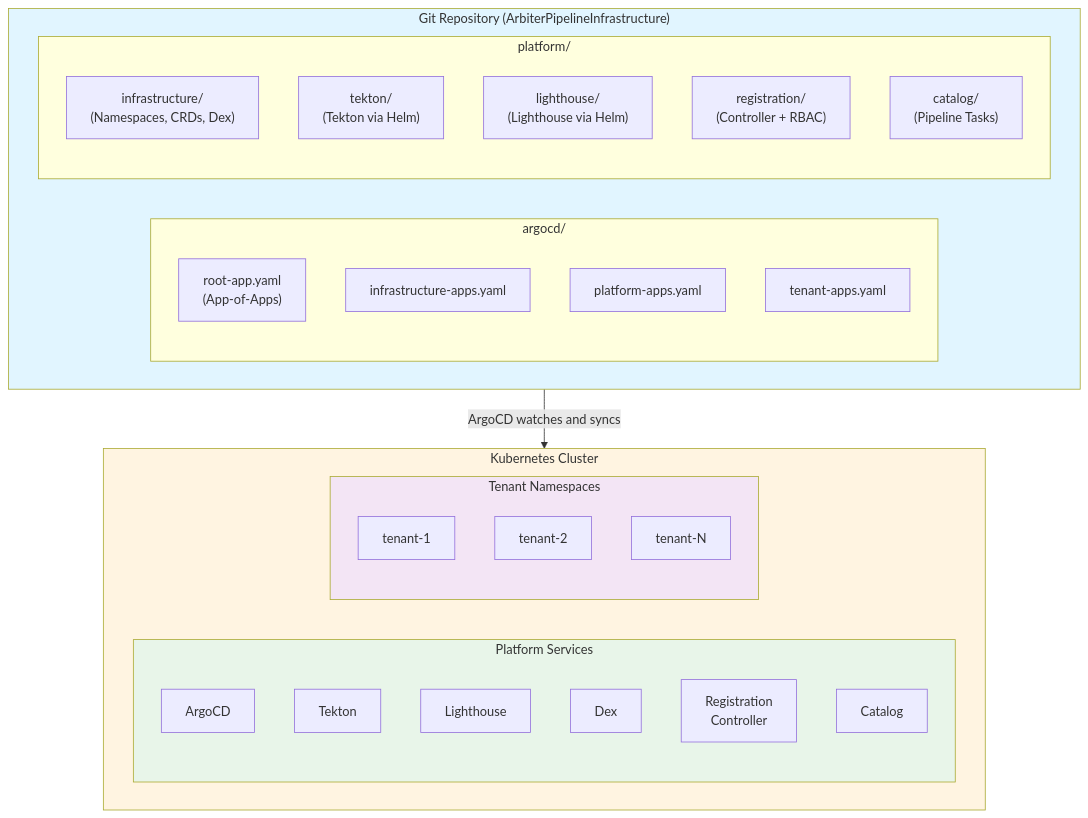
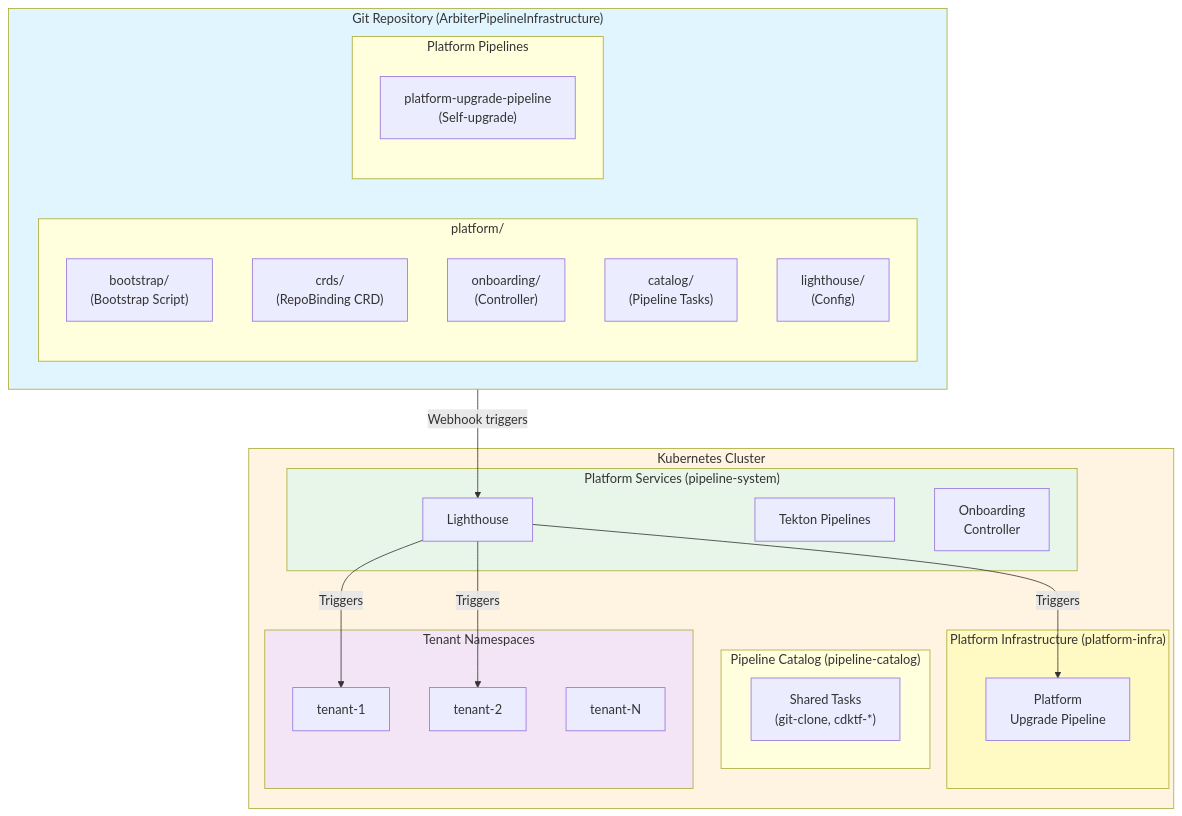
Before and after one commit to bdchatham/AphexPlatformInfrastructure: the second of 3 diagrams in .kiro/specs/jenkinsx-gitops-platform/design.md, drawn with Mermaid. The commit also changed other lines of this file and 99 other files, not shown here.

Commit message:
JenkinsX based Arbiter infra pipeline.

````diff
--- a/.kiro/specs/jenkinsx-gitops-platform/design.md
+++ b/.kiro/specs/jenkinsx-gitops-platform/design.md
@@ -46,43 +55,50 @@
 ```mermaid
 graph TB
     subgraph Git["Git Repository (ArbiterPipelineInfrastructure)"]
-        subgraph ArgoCD_Manifests["argocd/"]
-            RootApp["root-app.yaml<br/>(App-of-Apps)"]
-            InfraApps["infrastructure-apps.yaml"]
-            PlatformApps["platform-apps.yaml"]
-            TenantApps["tenant-apps.yaml"]
+        subgraph Platform_Manifests["platform/"]
+            Bootstrap["bootstrap/<br/>(Bootstrap Script)"]
+            CRDs["crds/<br/>(RepoBinding CRD)"]
+            Onboarding["onboarding/<br/>(Controller)"]
+            Catalog["catalog/<br/>(Pipeline Tasks)"]
+            Lighthouse_Config["lighthouse/<br/>(Config)"]
         end
         
-        subgraph Platform_Manifests["platform/"]
-            Infra["infrastructure/<br/>(Namespaces, CRDs, Dex)"]
-            Tekton["tekton/<br/>(Tekton via Helm)"]
-            Lighthouse["lighthouse/<br/>(Lighthouse via Helm)"]
-            Registration["registration/<br/>(Controller + RBAC)"]
-            Catalog["catalog/<br/>(Pipeline Tasks)"]
+        subgraph Pipelines["Platform Pipelines"]
+            UpgradePipeline["platform-upgrade-pipeline<br/>(Self-upgrade)"]
         end
     end
     
-    Git -->|ArgoCD watches and syncs| Cluster
+    Git -->|Webhook triggers| Lighthouse_Svc
     
     subgraph Cluster["Kubernetes Cluster"]
-        subgraph Platform_Services["Platform Services"]
-            ArgoCDSvc["ArgoCD"]
-            TektonSvc["Tekton"]
-            LighthouseSvc["Lighthouse"]
-            DexSvc["Dex"]
-            RegistrationSvc["Registration<br/>Controller"]
-            CatalogSvc["Catalog"]
+        subgraph Platform_Services["Platform Services (pipeline-system)"]
+            Tekton["Tekton Pipelines"]
+            Lighthouse_Svc["Lighthouse"]
+            Onboarding_Ctrl["Onboarding<br/>Controller"]
+        end
+        
+        subgraph Platform_Infra["Platform Infrastructure (platform-infra)"]
+            Platform_Pipeline["Platform<br/>Upgrade Pipeline"]
+        end
+        
+        subgraph Catalog_NS["Pipeline Catalog (pipeline-catalog)"]
+            Shared_Tasks["Shared Tasks<br/>(git-clone, cdktf-*)"]
         end
         
         subgraph Tenants["Tenant Namespaces"]
             Tenant1["tenant-1"]
             Tenant2["tenant-2"]
             TenantN["tenant-N"]
         end
     end
     
+    Lighthouse_Svc -->|Triggers| Platform_Pipeline
+    Lighthouse_Svc -->|Triggers| Tenant1
+    Lighthouse_Svc -->|Triggers| Tenant2
+    
     style Git fill:#e1f5ff
     style Cluster fill:#fff4e1
     style Platform_Services fill:#e8f5e9
+    style Platform_Infra fill:#fff9c4
     style Tenants fill:#f3e5f5
 ```
````
